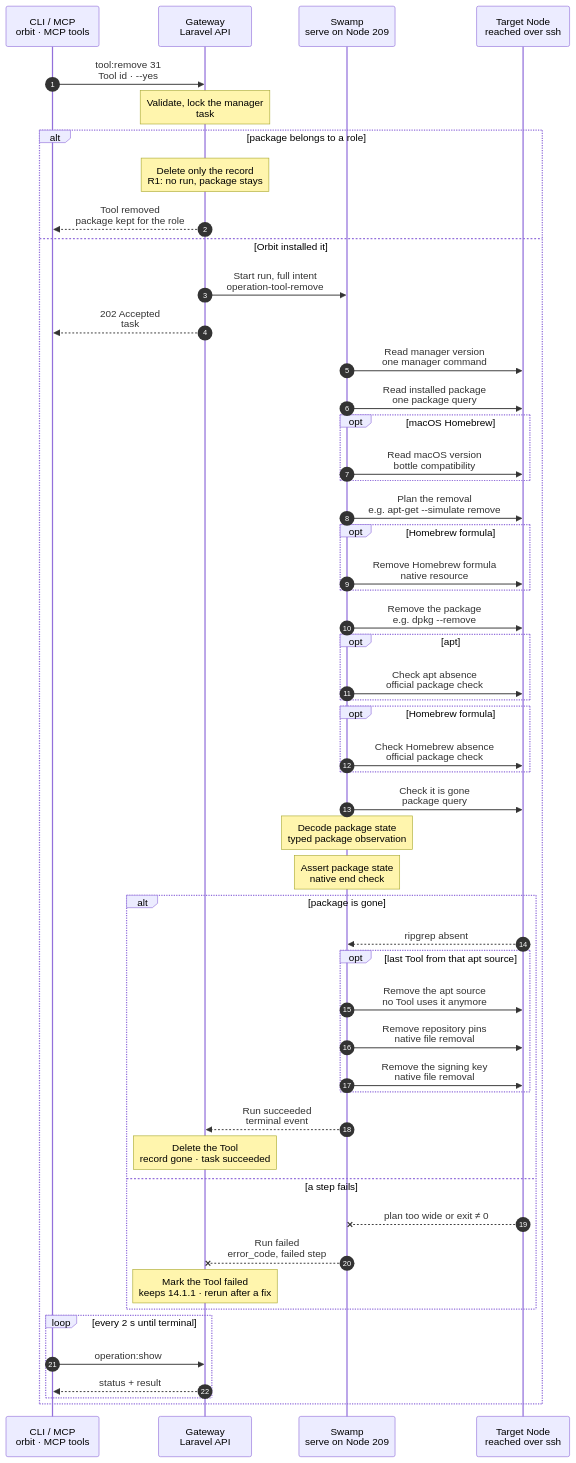
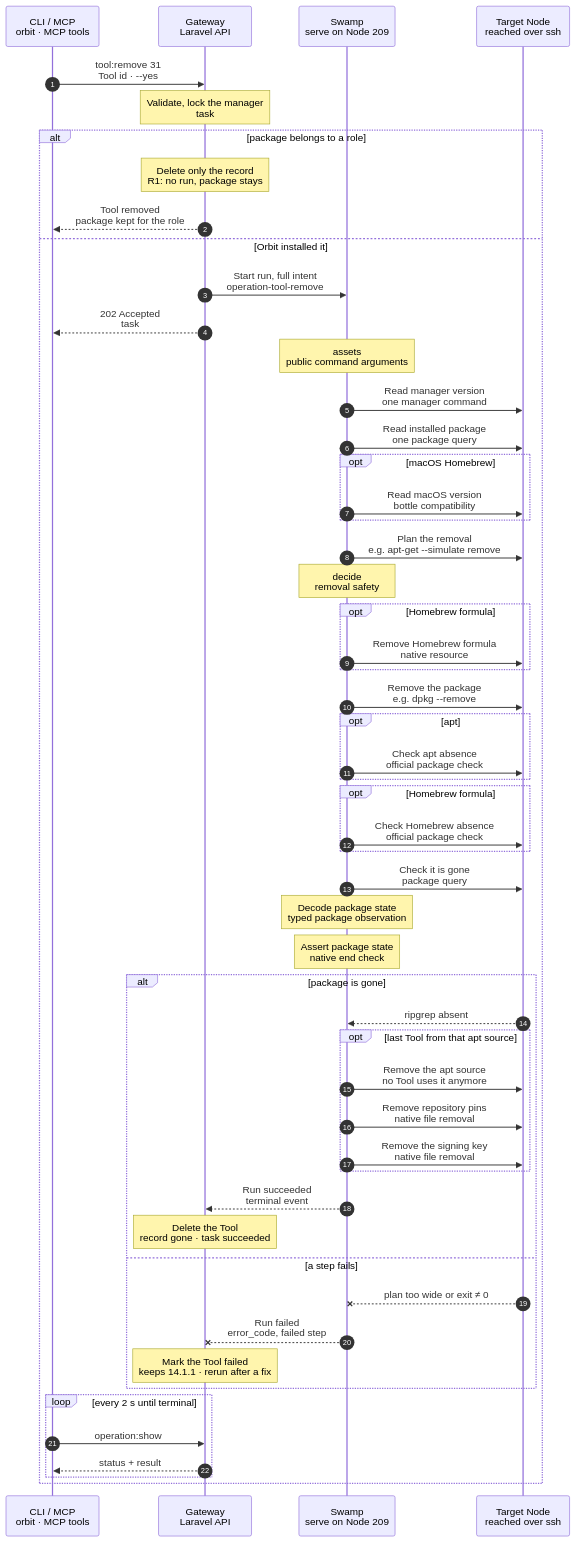
The diagram in docs/flows/tool.remove.mmd (hardimpactdev/orbit), drawn with Mermaid before and after one commit. The commit also changed 4 other files, not shown here.

```diff
--- a/docs/flows/tool.remove.mmd
+++ b/docs/flows/tool.remove.mmd
@@ -1,140 +1,142 @@
 sequenceDiagram
   %% Target design: ADR 0244 task, DECISIONS R1 (record-only change starts no run), R2, R4. Same shape as tool.install.
   %% status: reviewed
   %% command: tool:remove
   autonumber
   %% lane CLI icon=terminal pill=caller tone=gray
   %% lane GW icon=gateway pill=intent tone=blue
   %% lane SW icon=workflow pill=executes tone=green
   %% lane N icon=server pill=target tone=amber
   participant CLI as CLI / MCP<br/>orbit · MCP tools
   participant GW as Gateway<br/>Laravel API
   participant SW as Swamp<br/>serve on Node 209
   participant N as Target Node<br/>reached over ssh
   CLI->>GW: tool:remove 31<br/>Tool id · --yes
   %%> Command:
   %%> - `orbit tool:remove 31 --yes`
   %%> - syntax: `<tool> [--yes]`
   %%> Input:
   %%> - the Tool's id, as `tool:list --node=ID` shows it
   %%> Confirmation:
   %%> - without `--yes`, the CLI first asks "Remove Tool ripgrep (apt on Node #12) by uninstalling it and deleting its record?"; the default is No
   %%> - without a terminal, or with `--json`, `--yes` is required
   Note over GW: Validate, lock the manager<br/>task #5135 · ripgrep on Node 12
   %%> Requirements:
   %%> - your Node has an access grant to Node 12
   %%> - Tool 31 exists
   %%> - no other change runs for this Tool Manager on Node 12; the Gateway holds one lock per Node and Tool Manager
   %%> Decides:
   %%> - whether the package must leave the Node, or only the record goes
   alt package belongs to a role
     Note over GW: Delete only the record<br/>R1: no run, package stays
     %%> When:
     %%> - the package is owned by a Node role, for example a PHP extension such as `php8.5-xml`
     %%> Result:
     %%> - Tool 31's record is deleted
     %%> - the package stays installed, because the role still needs it
     %%> - no Swamp run starts (R1)
     GW-->>CLI: Tool removed<br/>package kept for the role
     %%> What you get:
     %%> - the final result at once; there is nothing to follow
   else Orbit installed it
     GW->>SW: Start run, full intent<br/>operation-tool-remove
     %%> What it does:
     %%> - starts one Swamp run on serve (Node 209)
     %%> Inputs:
     %%> - the package, Tool Manager, and whether its apt source is still used by another Tool
     %%> - Node 12's address and SSH host keys; the SSH identity comes from the `swamp` role
     GW-->>CLI: 202 Accepted<br/>task #5135
     %%> What you get:
     %%> - the task number, at once
     %%> Next:
     %%> - the CLI follows the task with `operation:show`
+    Note over SW: assets<br/>public command arguments
     SW->>N: Read manager version<br/>one manager command
     SW->>N: Read installed package<br/>one package query
     opt macOS Homebrew
       SW->>N: Read macOS version<br/>bottle compatibility
     end
     SW->>N: Plan the removal<br/>e.g. apt-get --simulate remove
     %%> What it does:
     %%> - asks the Tool Manager what removing the package would also remove
     %%> Refuses:
     %%> - a plan that removes any other package; then the run stops here and nothing changes
     %%> Per Tool Manager:
     %%> - `apt`: `apt-get --simulate remove`; the plan may contain only this package
     %%> - `brew`: refuses when another formula still depends on it
     %%> - `brew-cask`: checks the cask is safe to uninstall
     %%> - `composer`, `vp`: no plan needed; global packages have no system dependents
+    Note over SW: decide<br/>removal safety
     opt Homebrew formula
       SW->>N: Remove Homebrew formula<br/>native resource
     end
     SW->>N: Remove the package<br/>e.g. dpkg --remove
     %%> What it does:
     %%> - removes exactly this package, so dependency changes can't pull in more removals
     %%> - no purge, no autoremove
     %%> Per Tool Manager:
     %%> - `apt`: `dpkg --remove`, as root
     %%> - `brew`, `brew-cask`: `brew uninstall`, as the Node's account
     %%> - `composer`, `vp`: removes the global package, as the Node's managed user
     %%> Busy apt lock:
     %%> - it waits for the lock within the run's time budget, then fails
     opt apt
       SW->>N: Check apt absence<br/>official package check
     end
     opt Homebrew formula
       SW->>N: Check Homebrew absence<br/>official package check
     end
     SW->>N: Check it is gone<br/>package query
     %%> What it does:
     %%> - asks the Tool Manager again; the package must be absent
     %%> Why:
     %%> - the Tool only counts as removed when the Node shows it
     Note over SW: Decode package state<br/>typed package observation
     Note over SW: Assert package state<br/>native end check
     alt package is gone
       N-->>SW: ripgrep absent
       %%> Returns:
       %%> - the check passed
       opt last Tool from that apt source
         SW->>N: Remove the apt source<br/>no Tool uses it anymore
         SW->>N: Remove repository pins<br/>native file removal
         SW->>N: Remove the signing key<br/>native file removal
         %%> When:
         %%> - only when this was the last Tool installed from a signed apt repository
         %%> What it does:
         %%> - removes the apt source and its signing key from the Node
         %%> If it fails:
         %%> - the removal still succeeds; the package is already gone
         %%> - the unused apt source stays recorded, and the next `tool:remove` or `tool:install` from it cleans it up
       end
       SW-->>GW: Run succeeded<br/>terminal event
       %%> How the Gateway learns it:
       %%> - its shared run reader sees the terminal event; Swamp never calls the Gateway
       Note over GW: Delete the Tool<br/>record gone · task succeeded
       %%> Result:
       %%> - Tool 31's record is deleted
       %%> - an apt repository record is deleted when its source was removed; otherwise it stays recorded for a later cleanup
       %%> - task #5135 succeeds
     else a step fails
       N--xSW: plan too wide or exit ≠ 0
       %%> When:
       %%> - the plan would remove other packages, the removal fails, or the package is still there
       SW--xGW: Run failed<br/>error_code, failed step
       %%> The Gateway reads:
       %%> - which step failed and its error code
       Note over GW: Mark the Tool failed<br/>keeps 14.1.1 · rerun after a fix
       %%> Result:
       %%> - Tool 31 stays, marked failed, with its recorded version
       %%> - task #5135 fails
       %%> Retry:
       %%> - run the same command again
     end
     loop every 2 s until terminal
       CLI->>GW: operation:show #5135
       %%> What it does:
       %%> - asks for the task's status every 2 seconds until it has ended
       GW-->>CLI: status + result
       %%> Returns:
       %%> - the current status, and the result once the task has ended
     end
   end
```
